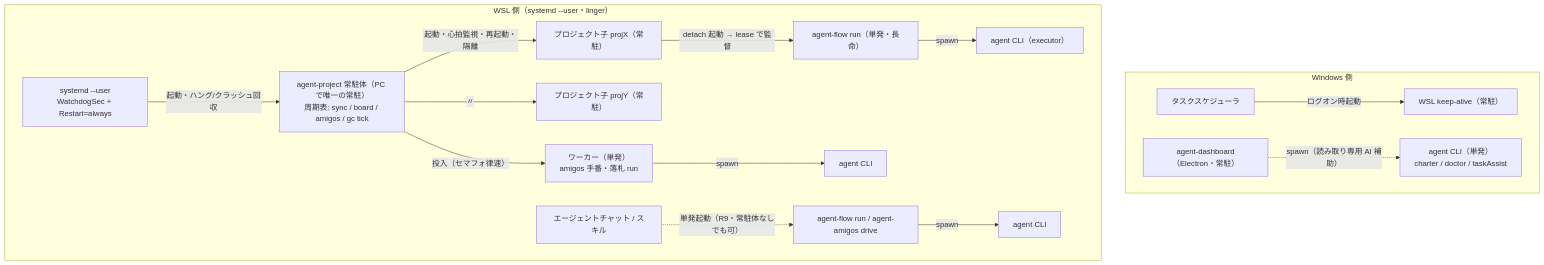
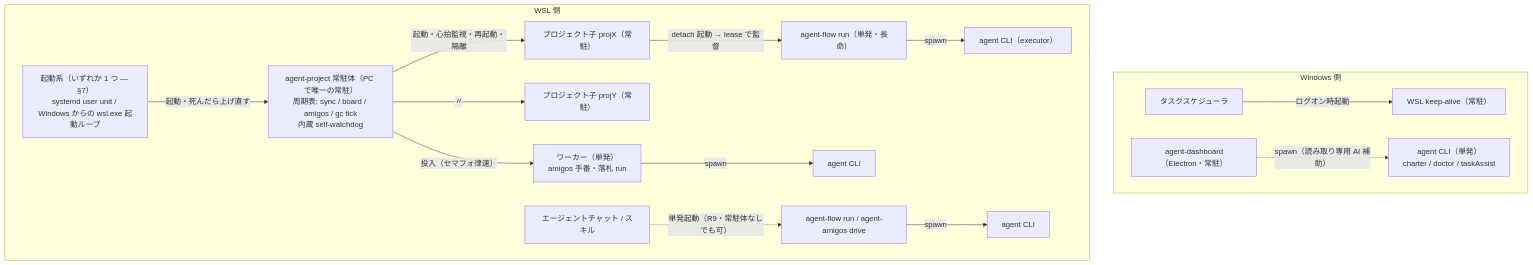
One commit to ynitto/sandbox changed the first of 3 diagrams in docs/plans/2026-07-24-single-resident-controller-design.md. Above: the diagram before and after it, drawn with Mermaid. The commit also changed other lines of this file and 1 other file, not shown here.

````diff
--- a/docs/plans/2026-07-24-single-resident-controller-design.md
+++ b/docs/plans/2026-07-24-single-resident-controller-design.md
@@ -132,19 +132,19 @@
 ```mermaid
 flowchart TB
   subgraph WIN["Windows 側"]
     TS["タスクスケジューラ"] -->|"ログオン時起動"| KEEP["WSL keep-alive（常駐）"]
     DASH["agent-dashboard（Electron・常駐）"]
     DASH -.->|"spawn（読み取り専用 AI 補助）"| AICLI["agent CLI（単発）<br/>charter / doctor / taskAssist"]
   end
-  subgraph WSLB["WSL 側（systemd --user・linger）"]
-    SYSD["systemd --user<br/>WatchdogSec + Restart=always"] -->|"起動・ハング/クラッシュ回収"| NODE["agent-project 常駐体（PC で唯一の常駐）<br/>周期表: sync / board / amigos / gc tick"]
+  subgraph WSLB["WSL 側"]
+    SYSD["起動系（いずれか 1 つ — §7）<br/>systemd user unit / Windows からの wsl.exe 起動ループ"] -->|"起動・死んだら上げ直す"| NODE["agent-project 常駐体（PC で唯一の常駐）<br/>周期表: sync / board / amigos / gc tick<br/>内蔵 self-watchdog"]
     NODE -->|"起動・心拍監視・再起動・隔離"| C1["プロジェクト子 projX（常駐）"]
     NODE -->|"〃"| C2["プロジェクト子 projY（常駐）"]
     NODE -->|"投入（セマフォ律速）"| W["ワーカー（単発）<br/>amigos 手番・落札 run"]
     C1 -->|"detach 起動 → lease で監督"| R["agent-flow run（単発・長命）"]
     R -->|"spawn"| E1["agent CLI（executor）"]
     W -->|"spawn"| E2["agent CLI"]
     SKILL["エージェントチャット / スキル"] -.->|"単発起動（R9・常駐体なしでも可）"| R2["agent-flow run / agent-amigos drive"]
     R2 -->|"spawn"| E3["agent CLI"]
   end
 ```
````
